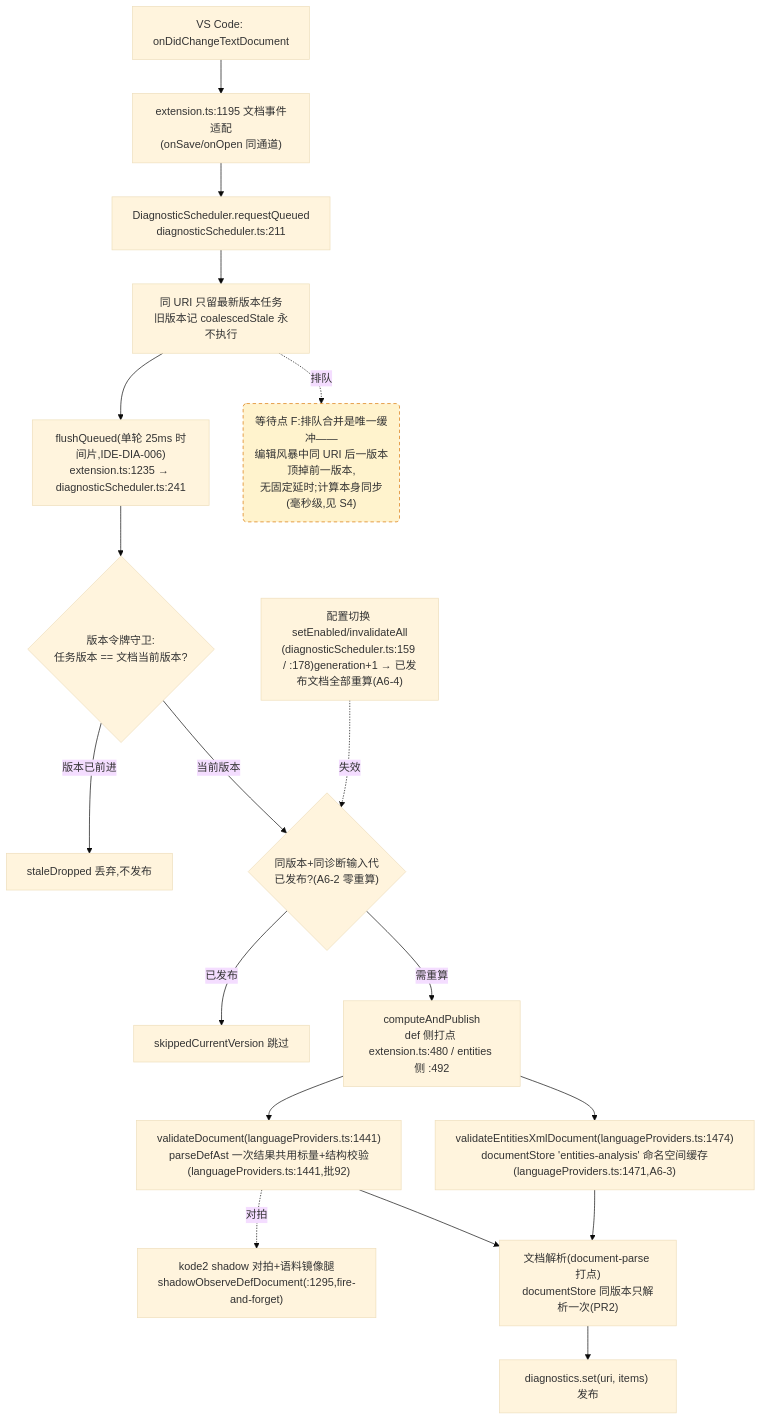
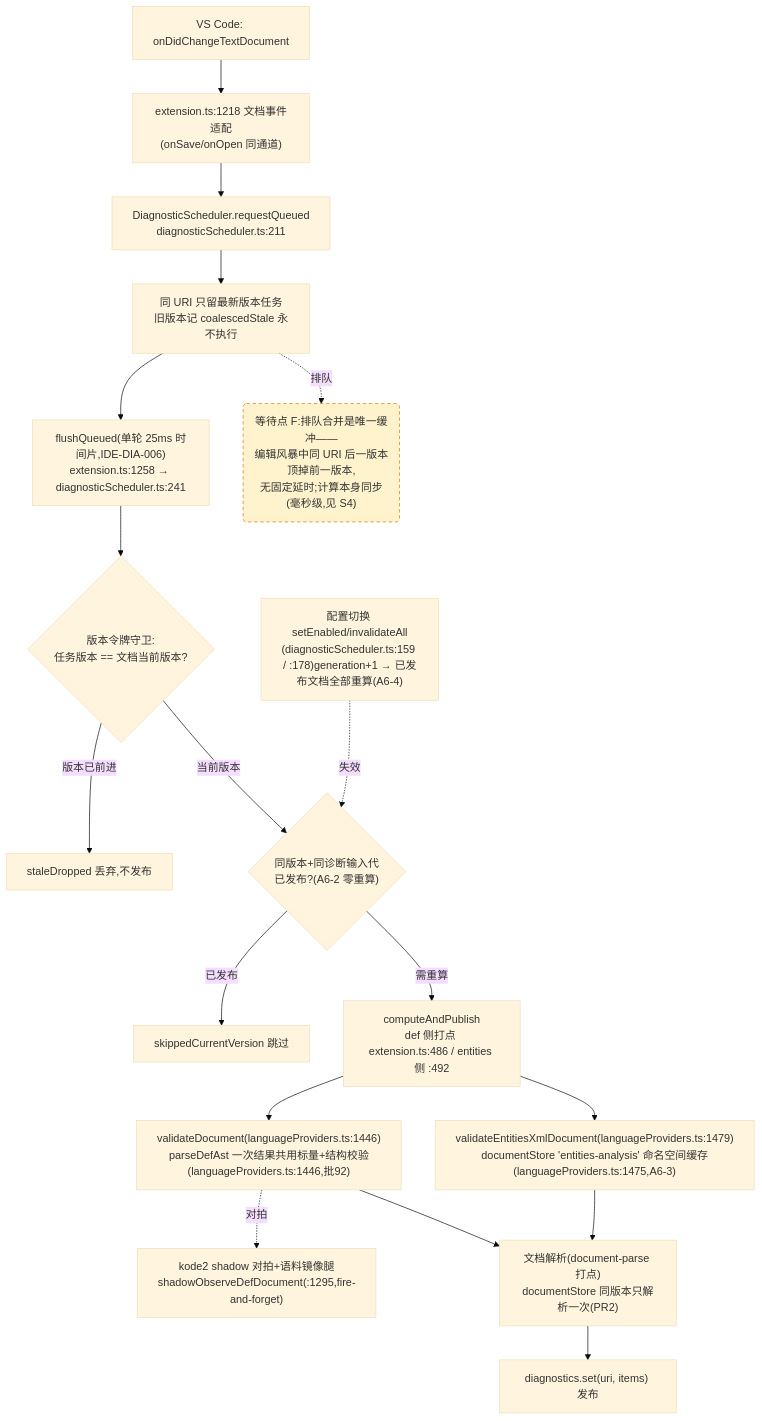
The fourth of 4 diagrams in docs/perf/2026-baseline.md (cuihairu/kode), drawn with Mermaid (base theme) before and after one commit. The commit also changed other lines of this file and 12 other files, not shown here.

````diff
--- a/docs/perf/2026-baseline.md
+++ b/docs/perf/2026-baseline.md
@@ -214,38 +214,38 @@
 ```mermaid
 flowchart TD
   CHG["VS Code: onDidChangeTextDocument"]
-  WATCH["extension.ts:1195 文档事件适配<br/>(onSave/onOpen 同通道)"]
+  WATCH["extension.ts:1218 文档事件适配<br/>(onSave/onOpen 同通道)"]
   RQ["DiagnosticScheduler.requestQueued<br/>diagnosticScheduler.ts:211"]
   CO["同 URI 只留最新版本任务<br/>旧版本记 coalescedStale 永不执行"]
-  FL["flushQueued(单轮 25ms 时间片,IDE-DIA-006)<br/>extension.ts:1235 → diagnosticScheduler.ts:241"]
+  FL["flushQueued(单轮 25ms 时间片,IDE-DIA-006)<br/>extension.ts:1258 → diagnosticScheduler.ts:241"]
   VG{"版本令牌守卫:<br/>任务版本 == 文档当前版本?"}
   DROP["staleDropped 丢弃,不发布"]
   GEN{"同版本+同诊断输入代<br/>已发布?(A6-2 零重算)"}
   SKIP["skippedCurrentVersion 跳过"]
-  CALC["computeAndPublish<br/>def 侧打点 extension.ts:480 / entities 侧 :492"]
-  VD["validateDocument(languageProviders.ts:1441)<br/>parseDefAst 一次结果共用标量+结构校验(languageProviders.ts:1441,批92)"]
-  VEX["validateEntitiesXmlDocument(languageProviders.ts:1474)<br/>documentStore 'entities-analysis' 命名空间缓存(languageProviders.ts:1471,A6-3)"]
+  CALC["computeAndPublish<br/>def 侧打点 extension.ts:486 / entities 侧 :492"]
+  VD["validateDocument(languageProviders.ts:1446)<br/>parseDefAst 一次结果共用标量+结构校验(languageProviders.ts:1446,批92)"]
+  VEX["validateEntitiesXmlDocument(languageProviders.ts:1479)<br/>documentStore 'entities-analysis' 命名空间缓存(languageProviders.ts:1475,A6-3)"]
   SHDD["kode2 shadow 对拍+语料镜像腿<br/>shadowObserveDefDocument(:1295,fire-and-forget)"]
   DS["文档解析(document-parse 打点)<br/>documentStore 同版本只解析一次(PR2)"]
   PUB["diagnostics.set(uri, items) 发布"]
   CFG2["配置切换 setEnabled/invalidateAll<br/>(diagnosticScheduler.ts:159 / :178)generation+1 → 已发布文档全部重算(A6-4)"]
 
   CHG --> WATCH --> RQ --> CO --> FL --> VG
   VG -- "版本已前进" --> DROP
   VG -- "当前版本" --> GEN
   GEN -- "已发布" --> SKIP
   GEN -- "需重算" --> CALC
   CALC --> VD
   CALC --> VEX
   VD --> DS
   VEX --> DS
   DS --> PUB
   VD -.->|对拍| SHDD
   CFG2 -.->|失效| GEN
 
   WAITF("等待点 F:排队合并是唯一缓冲——<br/>编辑风暴中同 URI 后一版本顶掉前一版本,<br/>无固定延时;计算本身同步(毫秒级,见 S4)")
   CO -.->|排队| WAITF
 
   classDef waitPoint fill:#fff3cd,stroke:#d97706,stroke-dasharray:5 4;
   class WAITF waitPoint;
 ```
````
